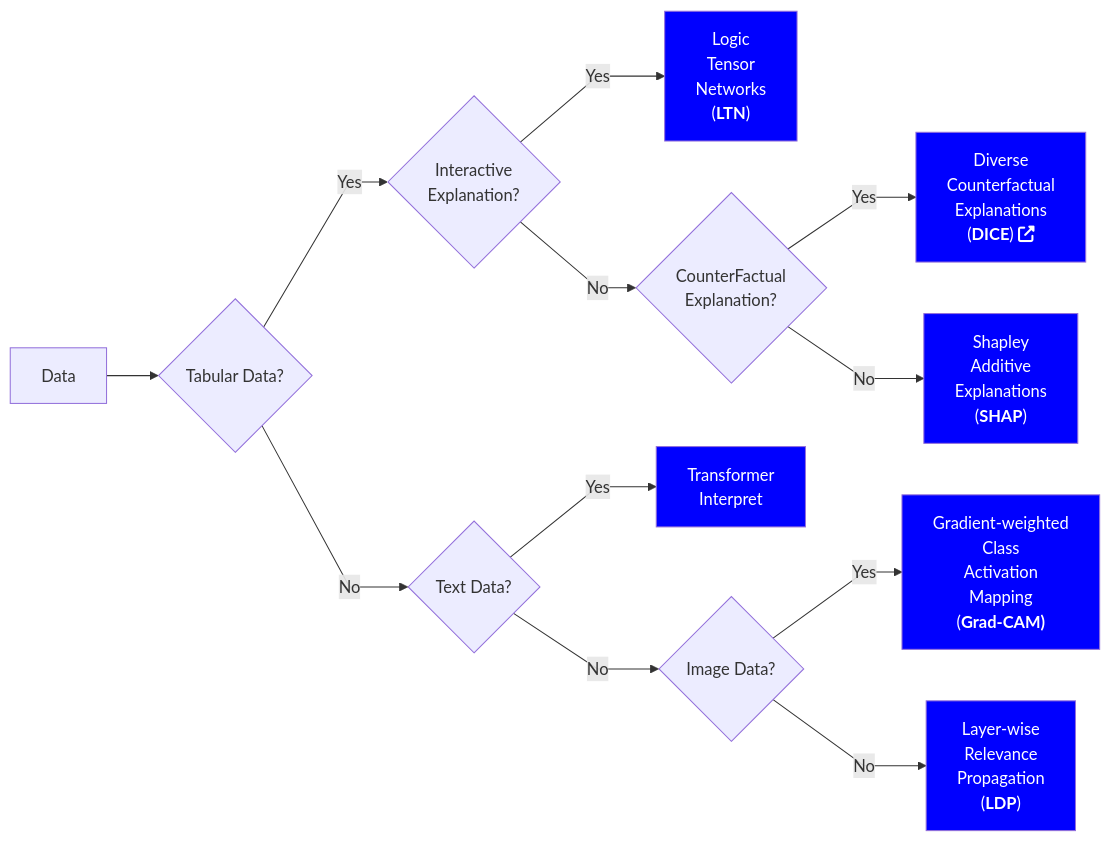
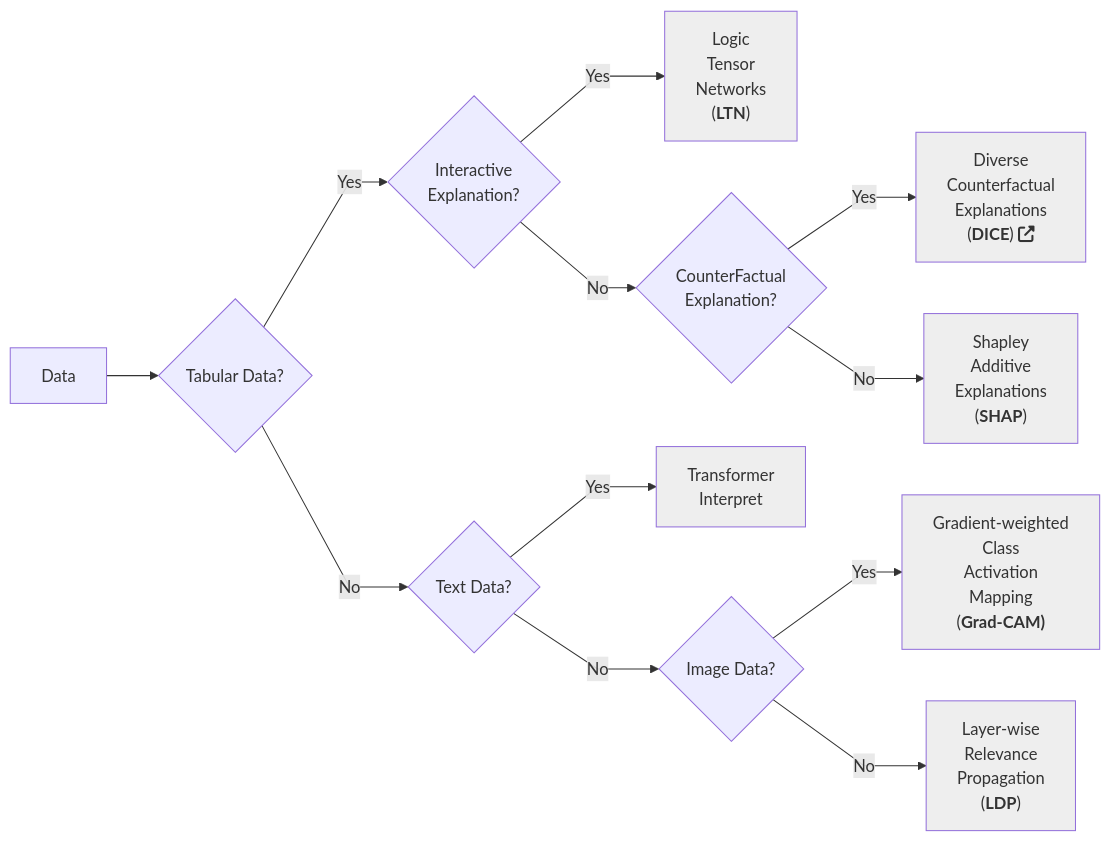
The fourth of 4 diagrams in docs/design/index.md (intel/intel-xai-tools), drawn with Mermaid before and after one commit. The commit also changed other lines of this file and 14 other files, not shown here.

````diff
--- a/docs/design/index.md
+++ b/docs/design/index.md
@@ -134,22 +215,22 @@
 ```{mermaid}
 :caption: "Explainable Data{cite}`bennetot2021practical`"
 
 %%{
   init: { "flowchart": { "htmlLabels": true, "curve": "linear" } }
 }%%
 
 flowchart LR
     A[Data] --> B{Tabular Data?}
     B -->|Yes| C{Interactive\nExplanation?}
     B -->|No| E{Text Data?}
     C -->|Yes| D["Logic\nTensor\nNetworks\n(<b>LTN</b>)"]
     C -->|No| G{CounterFactual\nExplanation?}
     E -->|Yes| F["Transformer\nInterpret"]
     E -->|No| J{"Image Data?"}
     J -->|Yes| K["Gradient-weighted\nClass\nActivation\nMapping\n(<b>Grad-CAM)</b>"]
     J -->|No| L["Layer-wise\nRelevance\nPropagation\n(<b>LDP</b>)"]
     G -->|Yes| H["Diverse\nCounterfactual\nExplanations\n(<b>DICE</b>) fa:fa-external-link-alt"]
     G -->|No| I["Shapley\nAdditive\nExplanations\n(<b>SHAP</b>)"]
-    classDef leafName fill:#00f,color:#fff;
+    classDef leafName fill:#eee;
     class D,F,H,I,K,L leafName;
 ```
````
